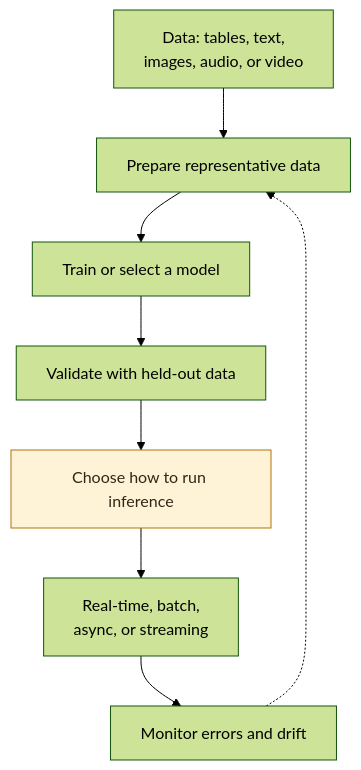
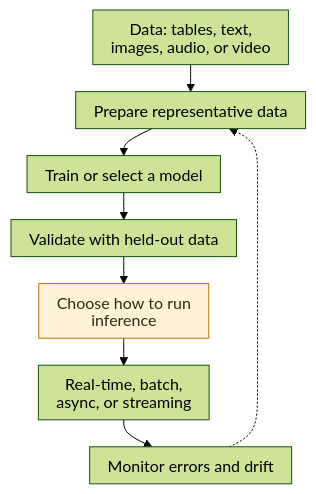
Before and after one commit to HiroyukiFuruno/katana-aws-qualification: the diagram in src/qualificationLearning/figures-source/aif-c01/aif-ml-lifecycle.mmd, drawn with Mermaid (forest theme). The commit also changed 20 other files, not shown here.

Commit message:
責任共有図を比較表現に直しモバイルの文字欠けを防ぐ

```diff
--- a/src/qualificationLearning/figures-source/aif-c01/aif-ml-lifecycle.mmd
+++ b/src/qualificationLearning/figures-source/aif-c01/aif-ml-lifecycle.mmd
@@ -1,10 +1,18 @@
+---
+config:
+  htmlLabels: false
+  flowchart:
+    rankSpacing: 27
+    nodeSpacing: 22
+    padding: 9
+---
 flowchart TB
   D["Data: tables, text,<br/>images, audio, or video"] --> P["Prepare representative data"]
   P --> T["Train or select a model"]
   T --> V["Validate with held-out data"]
   V --> E["Choose how to run inference"]
   E --> I["Real-time, batch,<br/>async, or streaming"]
   I --> M["Monitor errors and drift"]
   M -.-> P
   classDef choice fill:#fff3d7,stroke:#b27308,color:#302816
   class E choice
```
